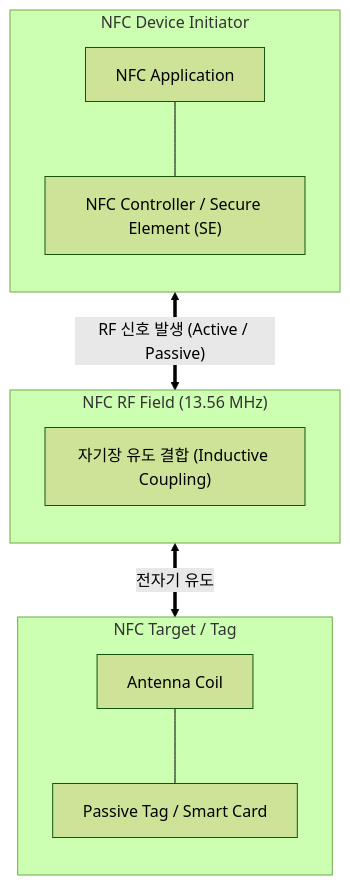
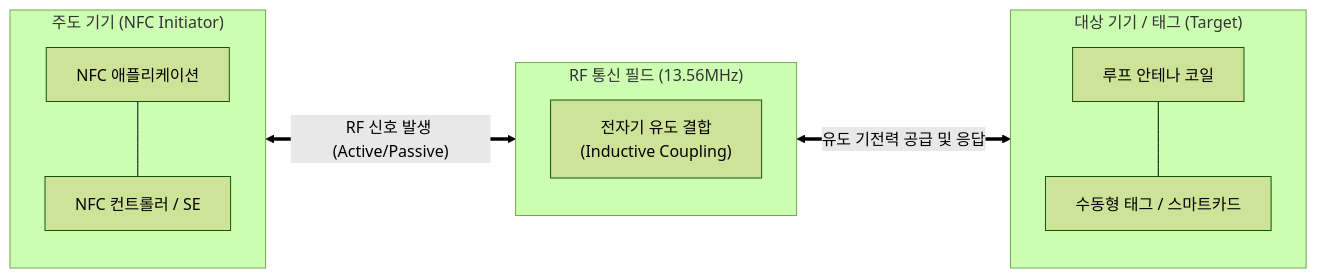
The diagram in content/01_IT Tech/NFC.md (supremethumb/supremethumb.github.io), drawn with Mermaid (forest theme) before and after one commit. The commit also changed other lines of this file and 362 other files, not shown here.

````diff
--- a/content/01_IT Tech/NFC.md
+++ b/content/01_IT Tech/NFC.md
@@ -33,25 +36,24 @@
 ```mermaid
-flowchart TB
-    subgraph "NFC Device Initiator"
+flowchart LR
+    subgraph Initiator ["주도 기기 (NFC Initiator)"]
         direction TB
-        App1["NFC Application"]
-        NFC_Cont["NFC Controller / Secure Element (SE)"]
-        App1 --- NFC_Cont
+        App1["NFC 애플리케이션"]
+        Cont["NFC 컨트롤러 / SE"]
+        App1 --- Cont
     end
 
-    subgraph "NFC RF Field (13.56 MHz)"
+    subgraph RF_Field ["RF 통신 필드 (13.56MHz)"]
         direction TB
-        RF["자기장 유도 결합 (Inductive Coupling)"]
+        Field["전자기 유도 결합<br/>(Inductive Coupling)"]
     end
 
-    subgraph "NFC Target / Tag"
+    subgraph Target ["대상 기기 / 태그 (Target)"]
         direction TB
-        Antenna["Antenna Coil"]
-        TargetApp["Passive Tag / Smart Card"]
-        Antenna --- TargetApp
+        Antenna["루프 안테나 코일"]
+        Tag["수동형 태그 / 스마트카드"]
+        Antenna --- Tag
     end
 
-    NFC_Cont <== "RF 신호 발생 (Active / Passive)" ==> RF
-    RF <== "전자기 유도" ==> Antenna
-
+    Cont <== "RF 신호 발생 (Active/Passive)" ==> Field
+    Field <== "유도 기전력 공급 및 응답" ==> Antenna
 ```
````
